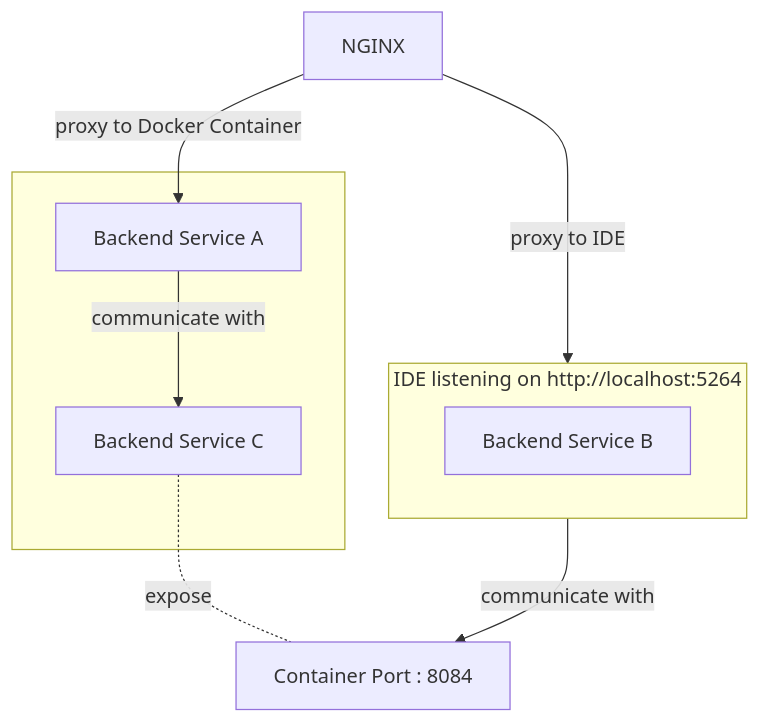
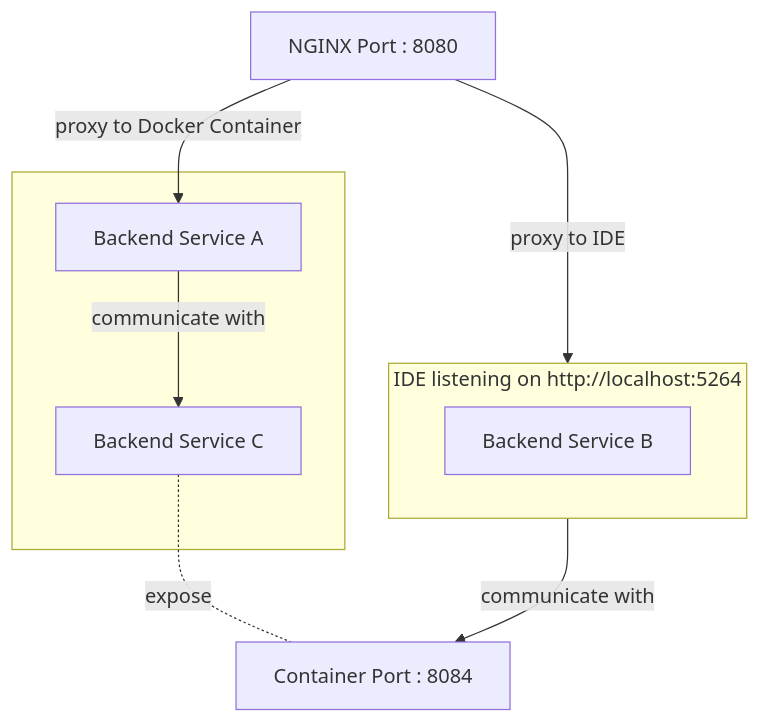
One commit to rainan16/local-dev-with-docker-compose changed the second of 3 diagrams in README.md. Above: the diagram before and after it, drawn with Mermaid. The commit also changed other lines of this file and 18 other files, not shown here.

````diff
--- a/README.md
+++ b/README.md
@@ -71,19 +80,19 @@
 ```mermaid
 graph TD
         subgraph Services[ ]
             A[Backend Service A]            
             C[Backend Service C]
         end
         CP[Container Port : 8084]
 
         subgraph LocalDev[ IDE listening on http://localhost:5264 ]
             B[Backend Service B]
         end
 
-        NGINX -->|proxy to Docker Container| A
+        NGINX[NGINX Port : 8080] -->|proxy to Docker Container| A
         NGINX -->|proxy to IDE | LocalDev
         C -.-|expose | CP
         A -->|communicate with| C
        
         LocalDev -->|communicate with| CP
 ```
````
